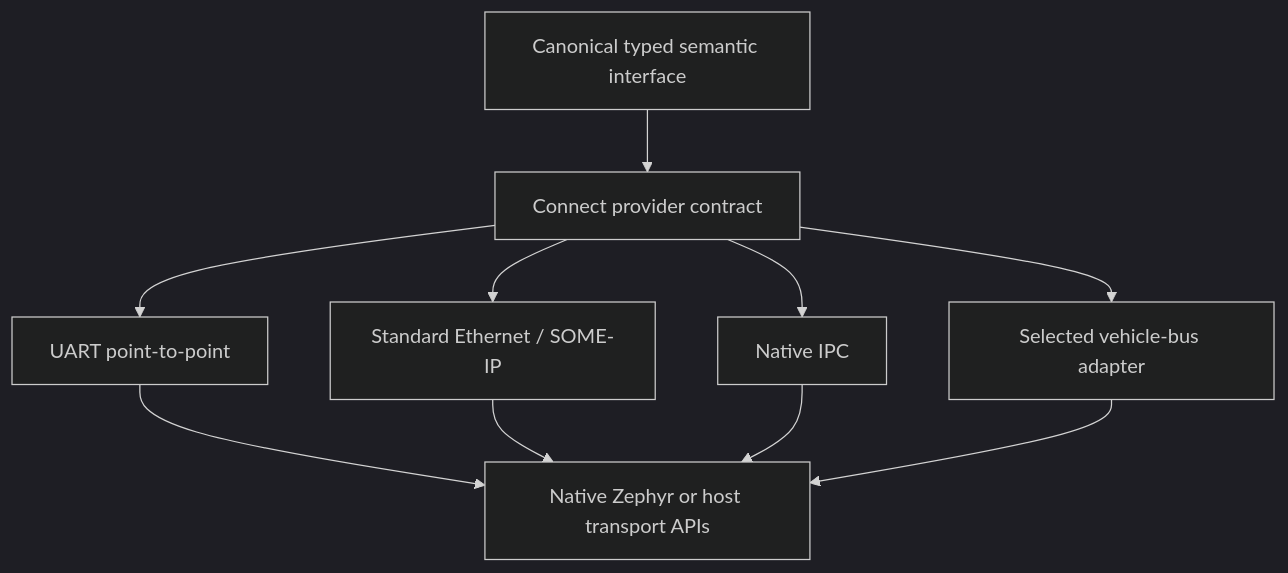
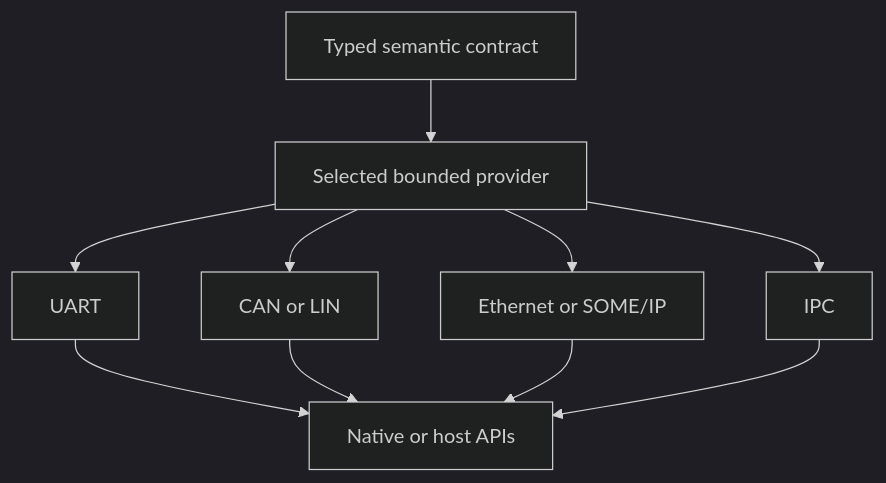
One commit to susmithmrm/ZARC changed diagram 12 of 26 in docs/architecture/diagrams/README.md. Above: the diagram before and after it, drawn with Mermaid (dark theme). The commit also changed other lines of this file and 26 other files, not shown here.

Commit message:
Rework 22 architecture diagrams and add component, visibility and lifecycle views

````diff
--- a/docs/architecture/diagrams/README.md
+++ b/docs/architecture/diagrams/README.md
@@ -257,21 +163,12 @@
 ```mermaid
 flowchart TD
-  %% Transport provider model
-  N0_0["Canonical typed semantic interface"]
-  N1_0["Connect provider contract"]
-  N2_0["UART point-to-point"]
-  N2_1["Standard Ethernet / SOME-IP"]
-  N3_0["Native IPC"]
-  N3_1["Selected vehicle-bus adapter"]
-  N4_0["Native Zephyr or host transport APIs"]
-  N0_0 --> N1_0
-  N1_0 --> N2_0
-  N1_0 --> N2_1
-  N1_0 --> N3_0
-  N1_0 --> N3_1
-  N2_0 --> N4_0
-  N2_1 --> N4_0
-  N3_0 --> N4_0
-  N3_1 --> N4_0
-  %% Independent bindings; not a universal wire protocol. Each transport declares verified capabilities.
+  C[Typed semantic contract] --> P[Selected bounded provider]
+  P --> U[UART]
+  P --> V[CAN or LIN]
+  P --> E[Ethernet or SOME/IP]
+  P --> I[IPC]
+  U --> N[Native or host APIs]
+  V --> N
+  E --> N
+  I --> N
 ```
````
